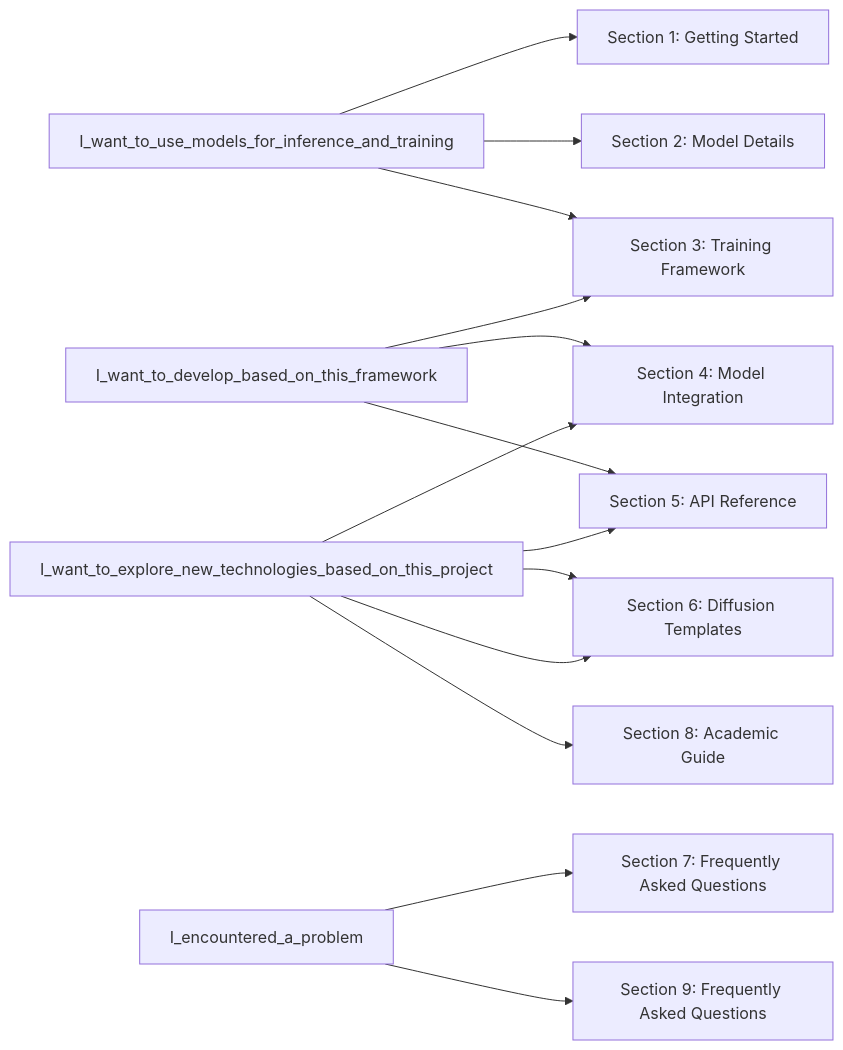
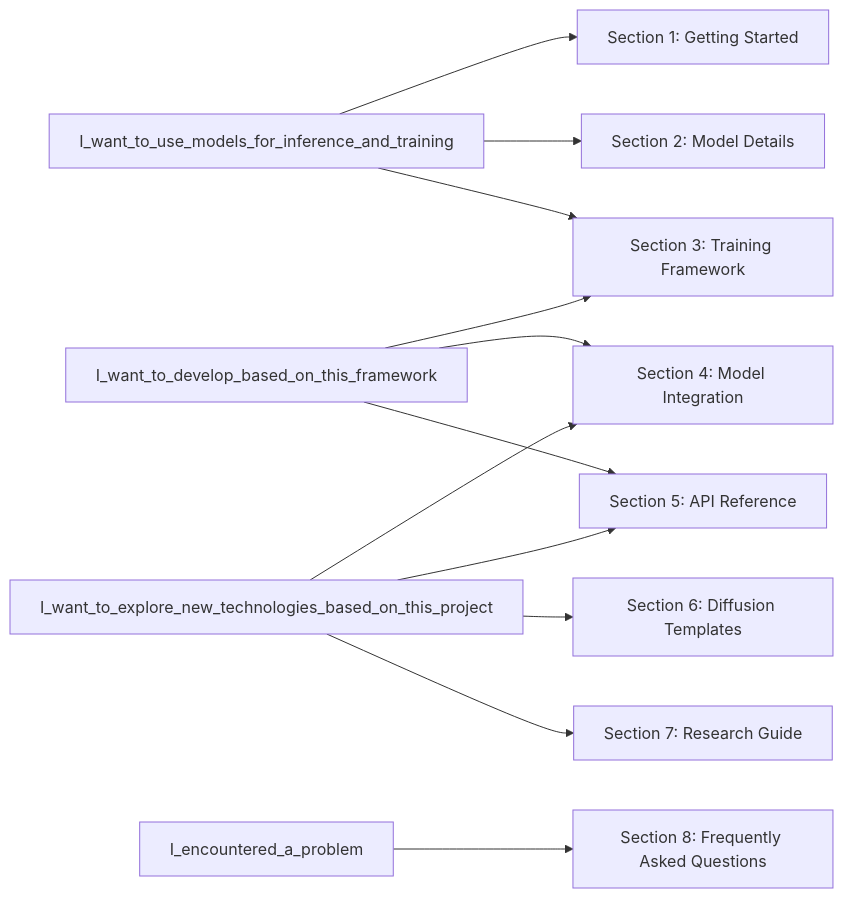
The diagram in DiffSynth-Studio/docs/en/README.md (Tangent0308/samtok_edit), drawn with Mermaid before and after one commit. The commit also changed other lines of this file and 1 other file, not shown here.

````diff
--- a/DiffSynth-Studio/docs/en/README.md
+++ b/DiffSynth-Studio/docs/en/README.md
@@ -9,16 +9,14 @@
 ```mermaid
 graph LR;
     I_want_to_use_models_for_inference_and_training-->sec1[Section 1: Getting Started];
     I_want_to_use_models_for_inference_and_training-->sec2[Section 2: Model Details];
     I_want_to_use_models_for_inference_and_training-->sec3[Section 3: Training Framework];
     I_want_to_develop_based_on_this_framework-->sec3[Section 3: Training Framework];
     I_want_to_develop_based_on_this_framework-->sec4[Section 4: Model Integration];
     I_want_to_develop_based_on_this_framework-->sec5[Section 5: API Reference];
     I_want_to_explore_new_technologies_based_on_this_project-->sec4[Section 4: Model Integration];
     I_want_to_explore_new_technologies_based_on_this_project-->sec5[Section 5: API Reference];
-    I_want_to_explore_new_technologies_based_on_this_project-->sec6[Section 6: Academic Guide];
-    I_encountered_a_problem-->sec7[Section 7: Frequently Asked Questions];
-    I_want_to_explore_new_technologies_based_on_this_project-->sec6[Section 6: Diffusion Templates]
-    I_want_to_explore_new_technologies_based_on_this_project-->sec8[Section 8: Academic Guide];
-    I_encountered_a_problem-->sec9[Section 9: Frequently Asked Questions];
+    I_want_to_explore_new_technologies_based_on_this_project-->sec6[Section 6: Diffusion Templates];
+    I_want_to_explore_new_technologies_based_on_this_project-->sec7[Section 7: Research Guide];
+    I_encountered_a_problem-->sec8[Section 8: Frequently Asked Questions];
 ```
````
